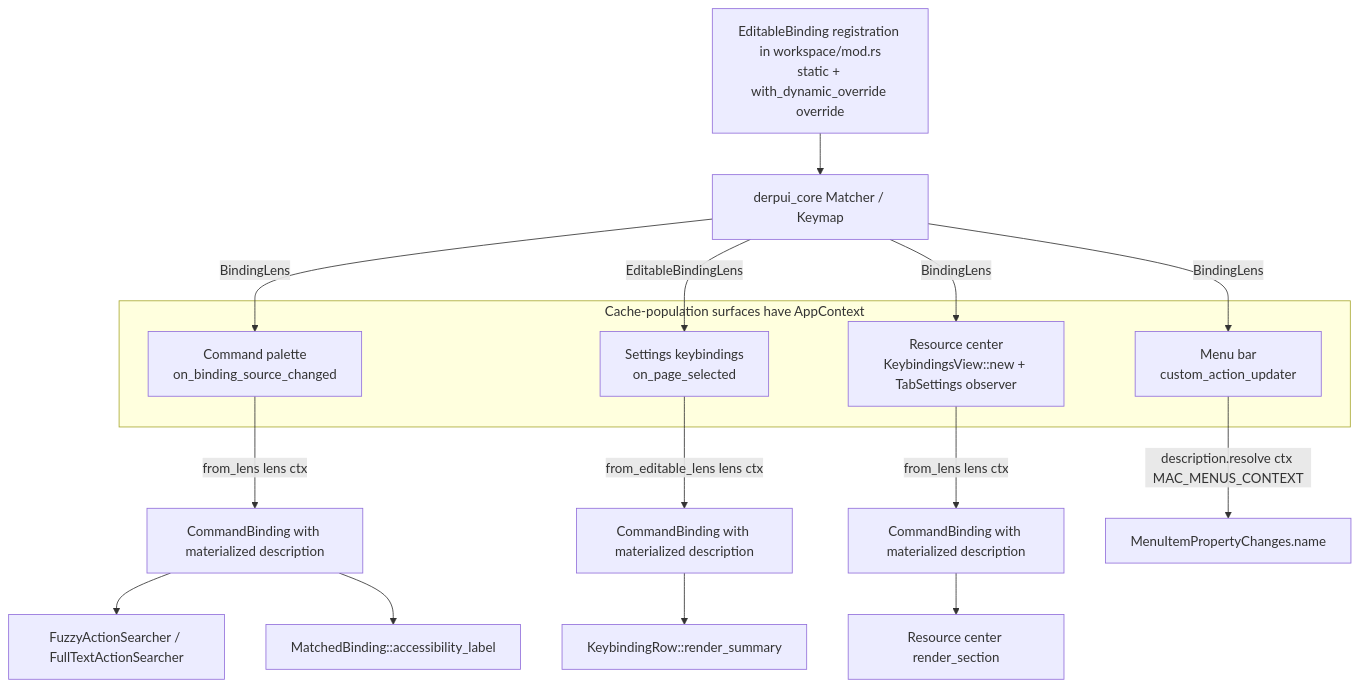
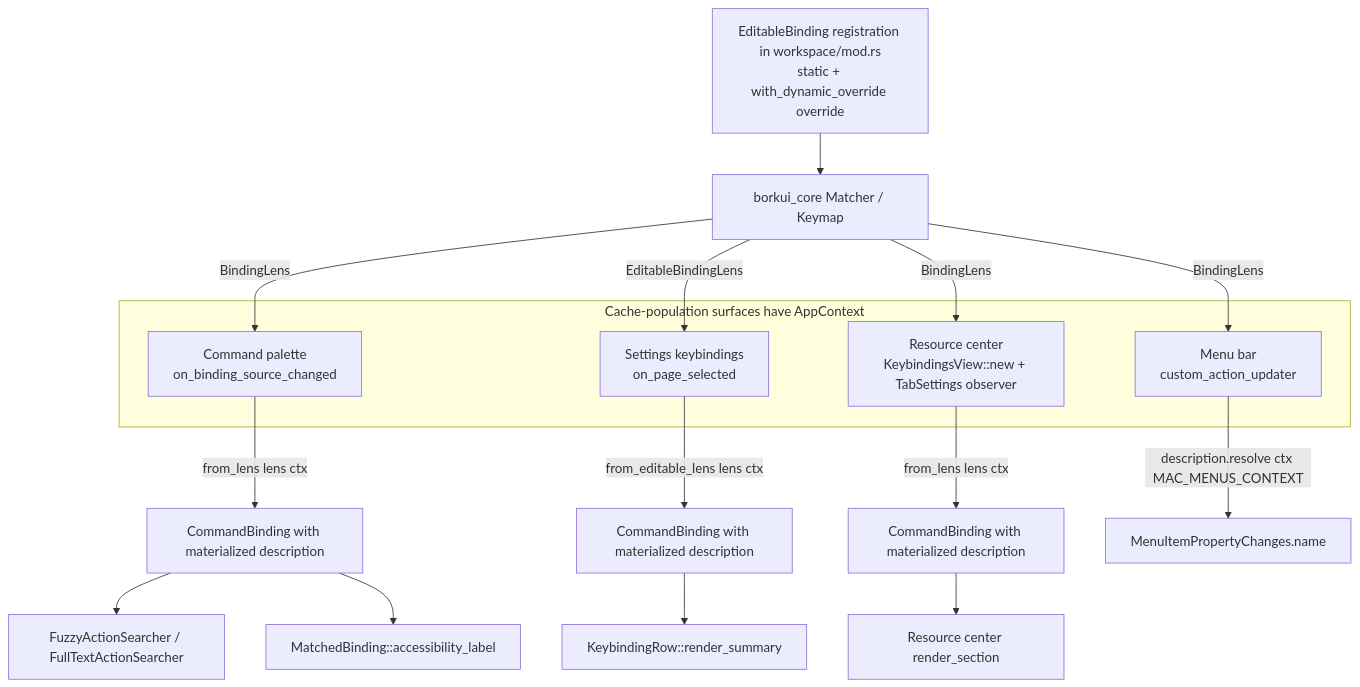
The diagram in specs/APP-3909/TECH.md (antikrust/krust-terminal), drawn with Mermaid before and after one commit. The commit also changed other lines of this file and 4477 other files, not shown here.

````diff
--- a/specs/APP-3909/TECH.md
+++ b/specs/APP-3909/TECH.md
@@ -175,28 +175,28 @@
 ```mermaid
 flowchart TD
     R[EditableBinding registration in workspace/mod.rs<br/>static + with_dynamic_override override]
-    KM[derpui_core Matcher / Keymap]
+    KM[borkui_core Matcher / Keymap]
     R --> KM
 
     subgraph Cache-population surfaces have AppContext
         CP[Command palette<br/>on_binding_source_changed]
         SK[Settings keybindings<br/>on_page_selected]
         RC[Resource center<br/>KeybindingsView::new + TabSettings observer]
         MB[Menu bar<br/>custom_action_updater]
     end
 
     KM -->|BindingLens| CP
     KM -->|EditableBindingLens| SK
     KM -->|BindingLens| RC
     KM -->|BindingLens| MB
 
     CP -->|from_lens lens ctx| CB1[CommandBinding with materialized description]
     SK -->|from_editable_lens lens ctx| CB2[CommandBinding with materialized description]
     RC -->|from_lens lens ctx| CB3[CommandBinding with materialized description]
     MB -->|description.resolve ctx MAC_MENUS_CONTEXT| MN[MenuItemPropertyChanges.name]
 
     CB1 --> FZ[FuzzyActionSearcher / FullTextActionSearcher]
     CB1 --> AL[MatchedBinding::accessibility_label]
     CB2 --> KR[KeybindingRow::render_summary]
     CB3 --> RR[Resource center render_section]
 ```
````
